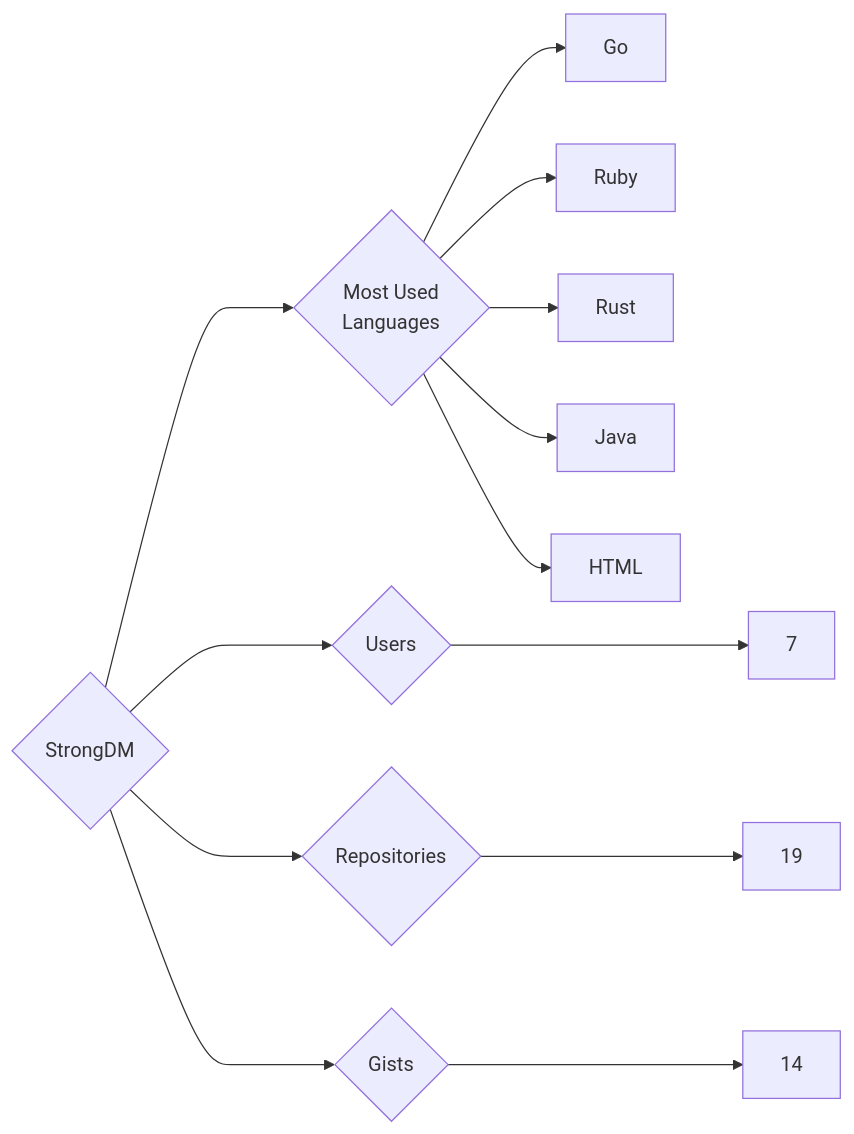
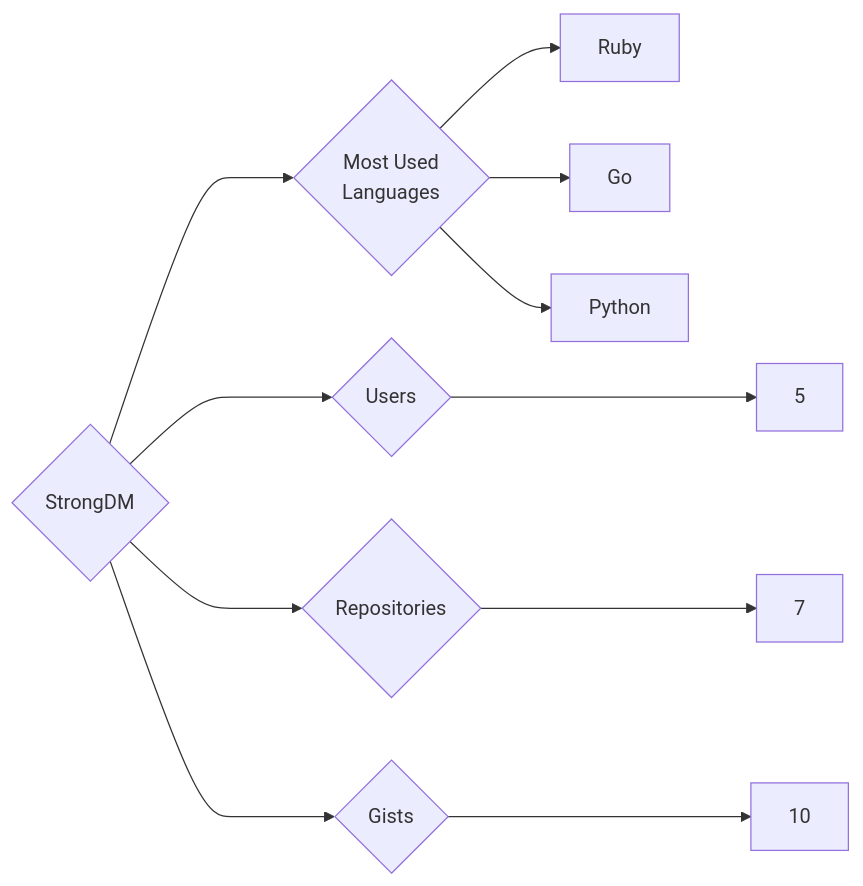
The diagram in targets/StrongDM/README.md (trickest/insiders), drawn with Mermaid before and after one commit. The commit also changed 806 other files, not shown here.

````diff
--- a/targets/StrongDM/README.md
+++ b/targets/StrongDM/README.md
@@ -3,13 +3,11 @@
 ```mermaid
 graph LR
 COMPANY_NAME{StrongDM}
-COMPANY_NAME ---> U{Users} ---> UN[7]
-COMPANY_NAME ---> R{Repositories} ---> RN[19]
-COMPANY_NAME ---> G{Gists} ---> GN[14]
+COMPANY_NAME ---> U{Users} ---> UN[5]
+COMPANY_NAME ---> R{Repositories} ---> RN[7]
+COMPANY_NAME ---> G{Gists} ---> GN[10]
 COMPANY_NAME ---> ML{Most Used<br>Languages}
+ML --> Ruby[Ruby]
 ML --> Go[Go]
-ML --> Ruby[Ruby]
-ML --> Rust[Rust]
-ML --> Java[Java]
-ML --> HTML[HTML]
+ML --> Python[Python]
 ```
````
